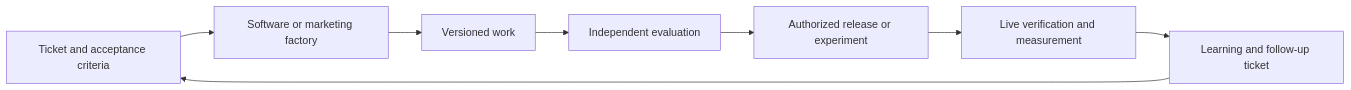
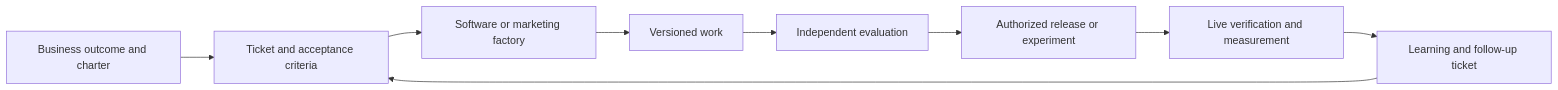
The diagram in docs/working-together.md (iamjulio/jstack), drawn with Mermaid before and after one commit. The commit also changed other lines of this file and 15 other files, not shown here.

````diff
--- a/docs/working-together.md
+++ b/docs/working-together.md
@@ -5,10 +7,11 @@
 ```mermaid
 flowchart LR
+  O[Business outcome and charter] --> Q
   Q[Ticket and acceptance criteria] --> F[Software or marketing factory]
   F --> W[Versioned work]
   W --> E[Independent evaluation]
   E --> A[Authorized release or experiment]
   A --> V[Live verification and measurement]
   V --> L[Learning and follow-up ticket]
   L --> Q
 ```
````
